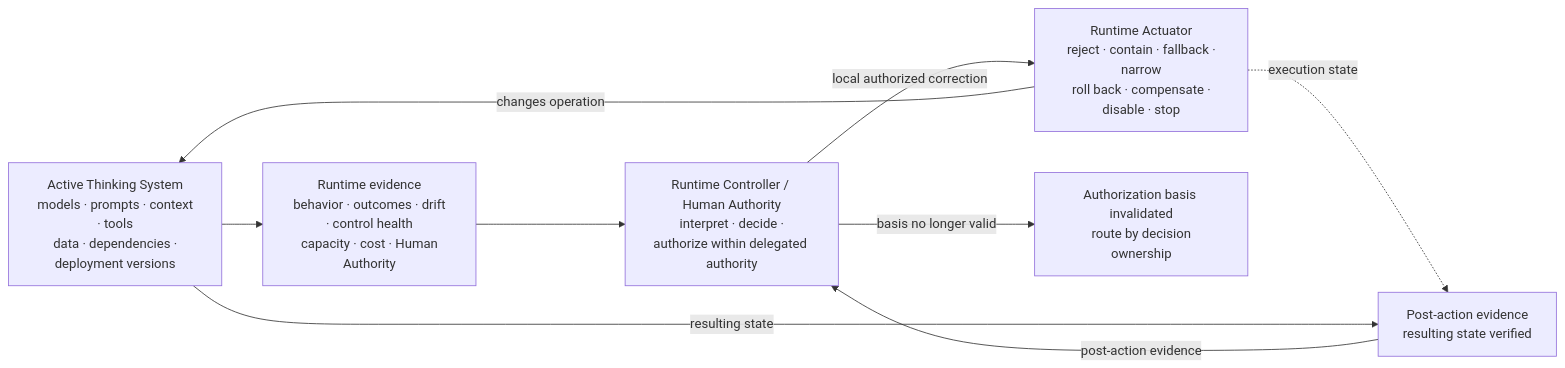
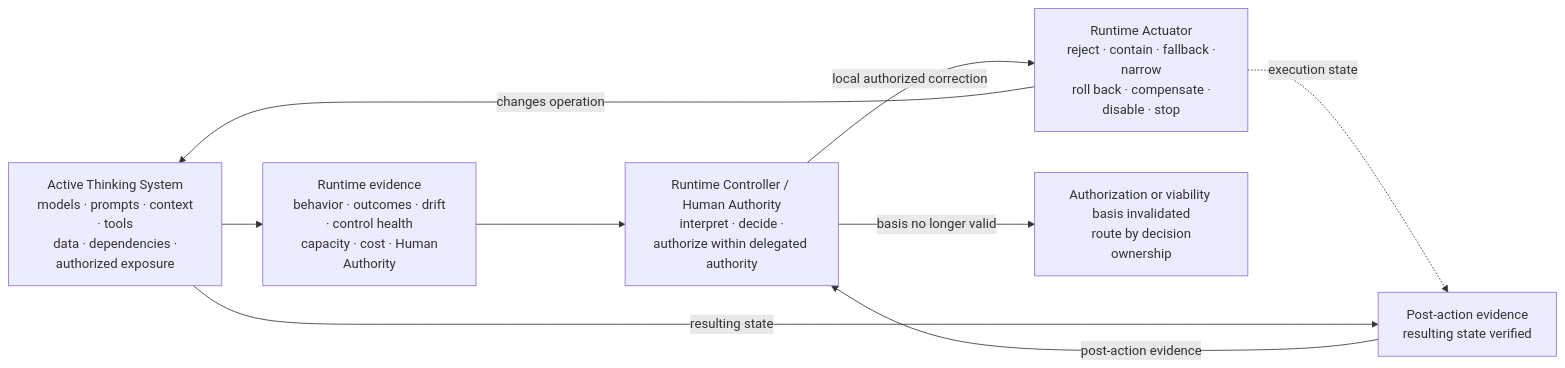
Diagram 13 of 15 in content/research/notes/open-engineering-specification-article-draft.md (UncertaintyArchitectureGroup/uncertainty-architecture), drawn with Mermaid before and after one commit. The commit also changed other lines of this file, not shown here.

````diff
--- a/content/research/notes/open-engineering-specification-article-draft.md
+++ b/content/research/notes/open-engineering-specification-article-draft.md
@@ -801,15 +822,15 @@
 ```mermaid
 flowchart LR
-    SYS["Active Thinking System<br/> models · prompts · context · tools<br/> data · dependencies · deployment versions"]
+    SYS["Active Thinking System<br/> models · prompts · context · tools<br/> data · dependencies · authorized exposure"]
     OBS["Runtime evidence<br/> behavior · outcomes · drift · control health<br/> capacity · cost · Human Authority"]
     CTRL["Runtime Controller / Human Authority<br/> interpret · decide · authorize within delegated authority"]
     ACT["Runtime Actuator<br/> reject · contain · fallback · narrow<br/> roll back · compensate · disable · stop"]
     VERIFY["Post-action evidence<br/> resulting state verified"]
-    ESC["Authorization basis invalidated<br/> route by decision ownership"]
+    ESC["Authorization or viability basis invalidated<br/> route by decision ownership"]
 
     SYS --> OBS --> CTRL
     CTRL -->|local authorized correction| ACT -->|changes operation| SYS
     ACT -.->|execution state| VERIFY
     SYS -->|resulting state| VERIFY -->|post-action evidence| CTRL
     CTRL -->|basis no longer valid| ESC
 ```
````
